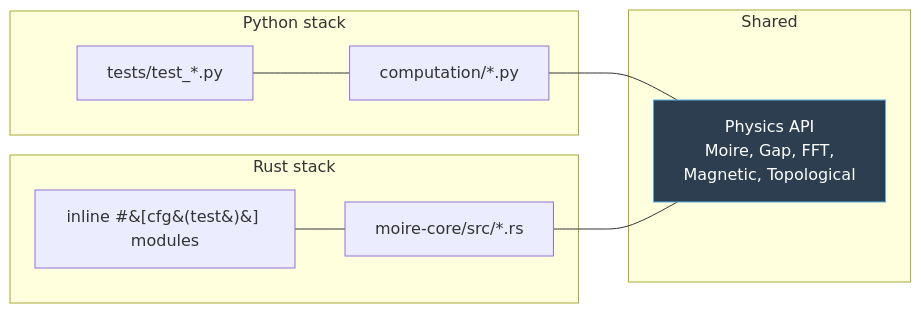
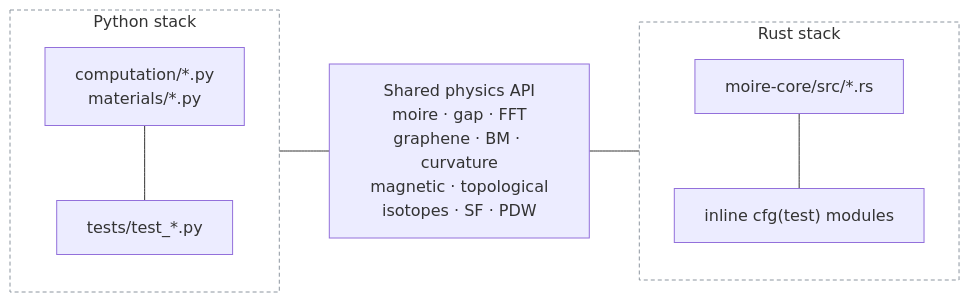
One commit to sonoransun/waytogocoop changed the second of 3 diagrams in CONTRIBUTING.md. Above: the diagram before and after it, drawn with Mermaid. The commit also changed other lines of this file and 95 other files, not shown here.

````diff
--- a/CONTRIBUTING.md
+++ b/CONTRIBUTING.md
@@ -52,23 +236,16 @@
 ```mermaid
 flowchart LR
-    subgraph Shared
-        API[Physics API<br/>Moire, Gap, FFT,<br/>Magnetic, Topological]
+    subgraph PY["Python stack"]
+        direction TB
+        PC["computation/*.py<br/>materials/*.py"] --- PT["tests/test_*.py"]
     end
-
-    subgraph Python [Python stack]
-        PC[computation/*.py]
-        PT[tests/test_*.py]
+    API["Shared physics API<br/>moire · gap · FFT<br/>graphene · BM · curvature<br/>magnetic · topological<br/>isotopes · SF · PDW"]
+    subgraph RS["Rust stack"]
+        direction TB
+        RC["moire-core/src/*.rs"] --- RT["inline cfg(test) modules"]
     end
-
-    subgraph Rust [Rust stack]
-        RC[moire-core/src/*.rs]
-        RT[inline #&#91;cfg&#40;test&#41;&#93; modules]
-    end
-
-    PC --- API
-    RC --- API
-    PT --- PC
-    RT --- RC
-
-    style API fill:#2c3e50,stroke:#5dade2,color:#fff
+    PY --- API
+    API --- RS
+    class PY,RS zone
+    classDef zone fill:none,stroke:#8c959f,stroke-dasharray:4 3
 ```
````
